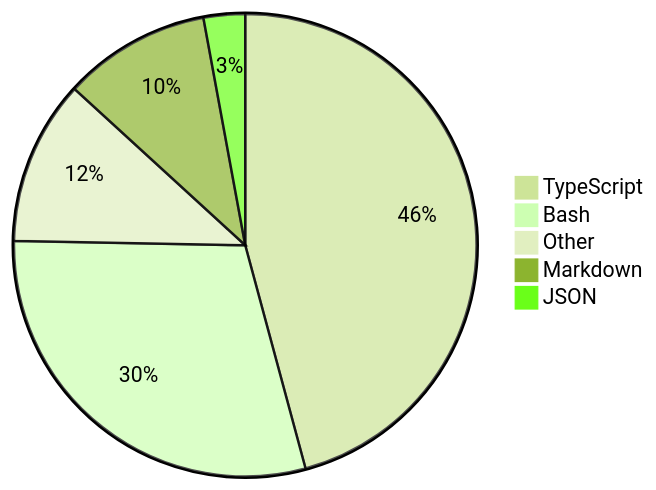
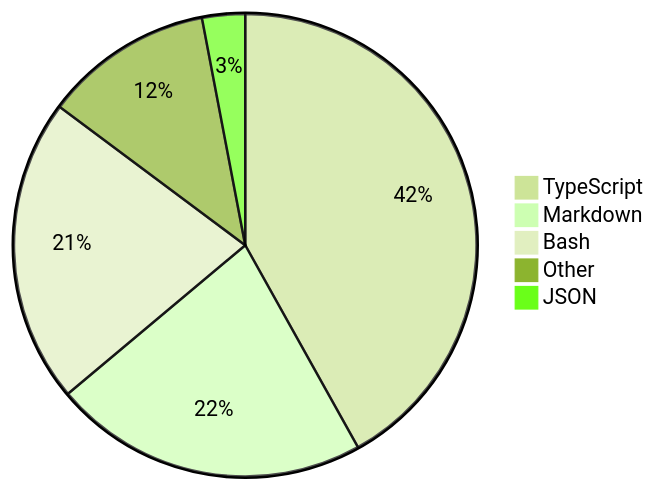
The diagram in README.md (skvggor/skvggor), drawn with Mermaid (forest theme) before and after one commit.

Commit message:
Updated waka-readme graph with new metrics

````diff
--- a/README.md
+++ b/README.md
@@ -35,8 +35,8 @@
 ```mermaid
 pie
-    "TypeScript" : 45.8
-    "Bash" : 29.5
-    "Other" : 11.5
-    "Markdown" : 10.3
-    "JSON" : 2.9
+    "TypeScript" : 41.9
+    "Markdown" : 22.0
+    "Bash" : 21.3
+    "Other" : 11.8
+    "JSON" : 3.0
 ```
````
